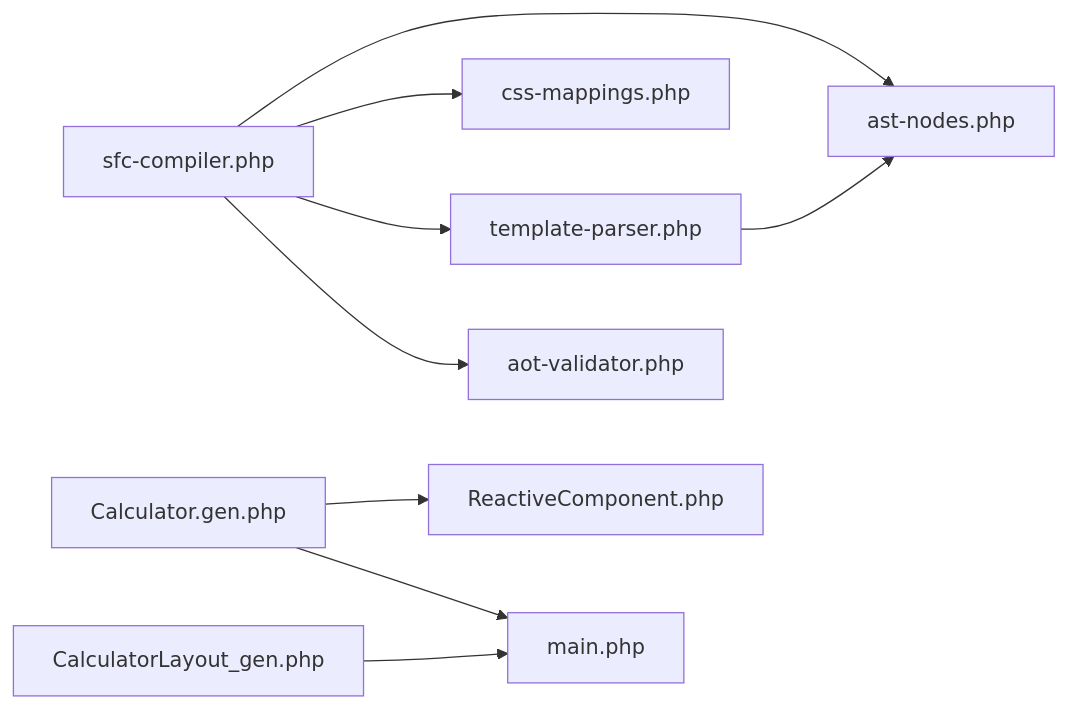
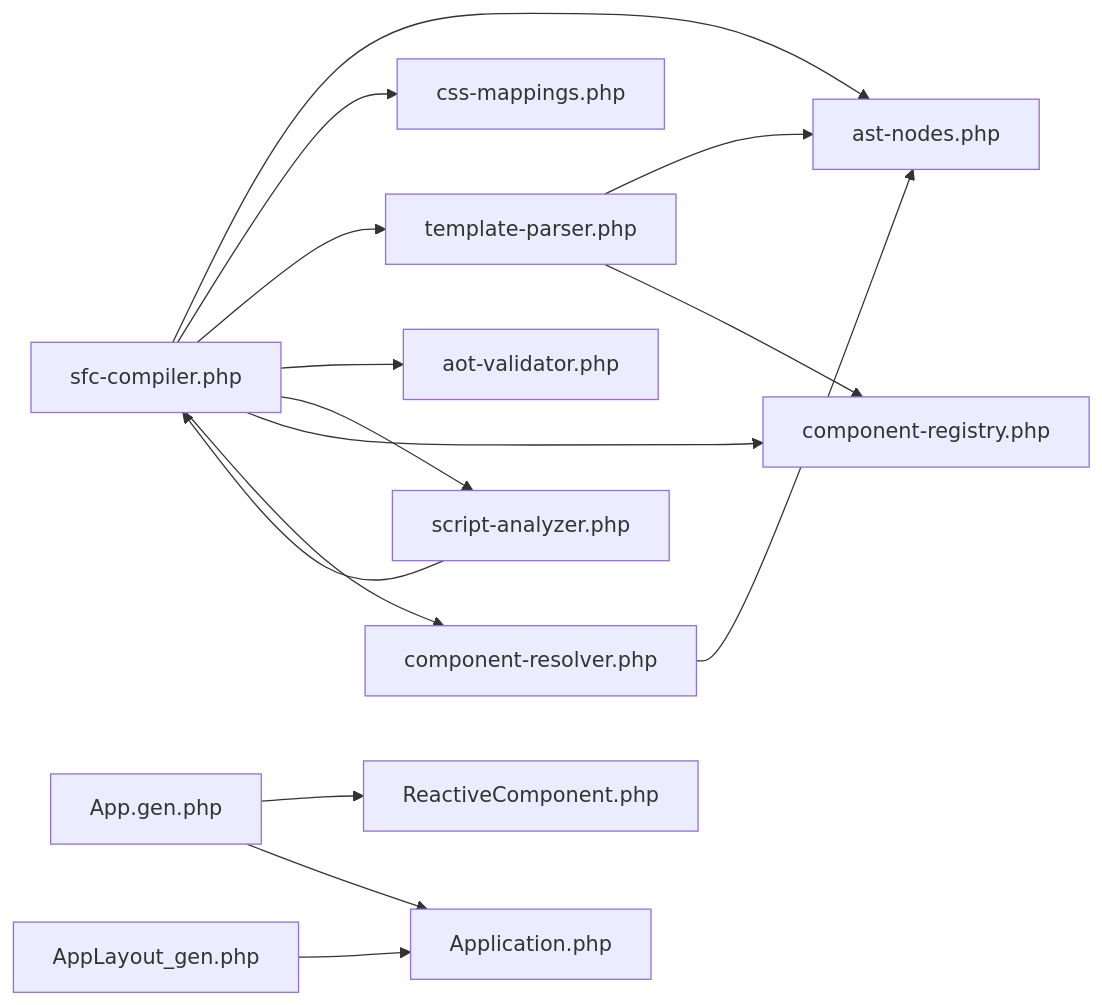
Diagram 11 of 12 in .qoder/repowiki/zh/content/SFC编译器系统/SFC编译器系统.md (xingye00186/PHP-Data-UI-Framework-powered-by-swooleAOT), drawn with Mermaid before and after one commit. The commit also changed other lines of this file and 7 other files, not shown here.

````diff
--- a/.qoder/repowiki/zh/content/SFC编译器系统/SFC编译器系统.md
+++ b/.qoder/repowiki/zh/content/SFC编译器系统/SFC编译器系统.md
@@ -363,11 +507,17 @@
 ```mermaid
 graph LR
 SC["sfc-compiler.php"] --> AN["ast-nodes.php"]
 SC --> CM["css-mappings.php"]
 SC --> TP["template-parser.php"]
 SC --> AV["aot-validator.php"]
+SC --> SA["script-analyzer.php"]
+SC --> CR["component-registry.php"]
+SC --> RES["component-resolver.php"]
 TP --> AN
-GEN["Calculator.gen.php"] --> RC["ReactiveComponent.php"]
-LAYOUT["CalculatorLayout_gen.php"] --> MAIN["main.php"]
-GEN --> MAIN
+TP --> CR
+RES --> AN
+SA --> SC
+GEN["App.gen.php"] --> RC["ReactiveComponent.php"]
+LAYOUT["AppLayout_gen.php"] --> APP["Application.php"]
+GEN --> APP
 ```
````
